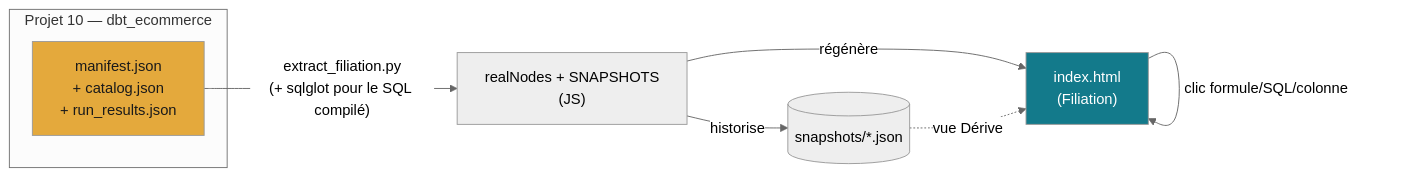
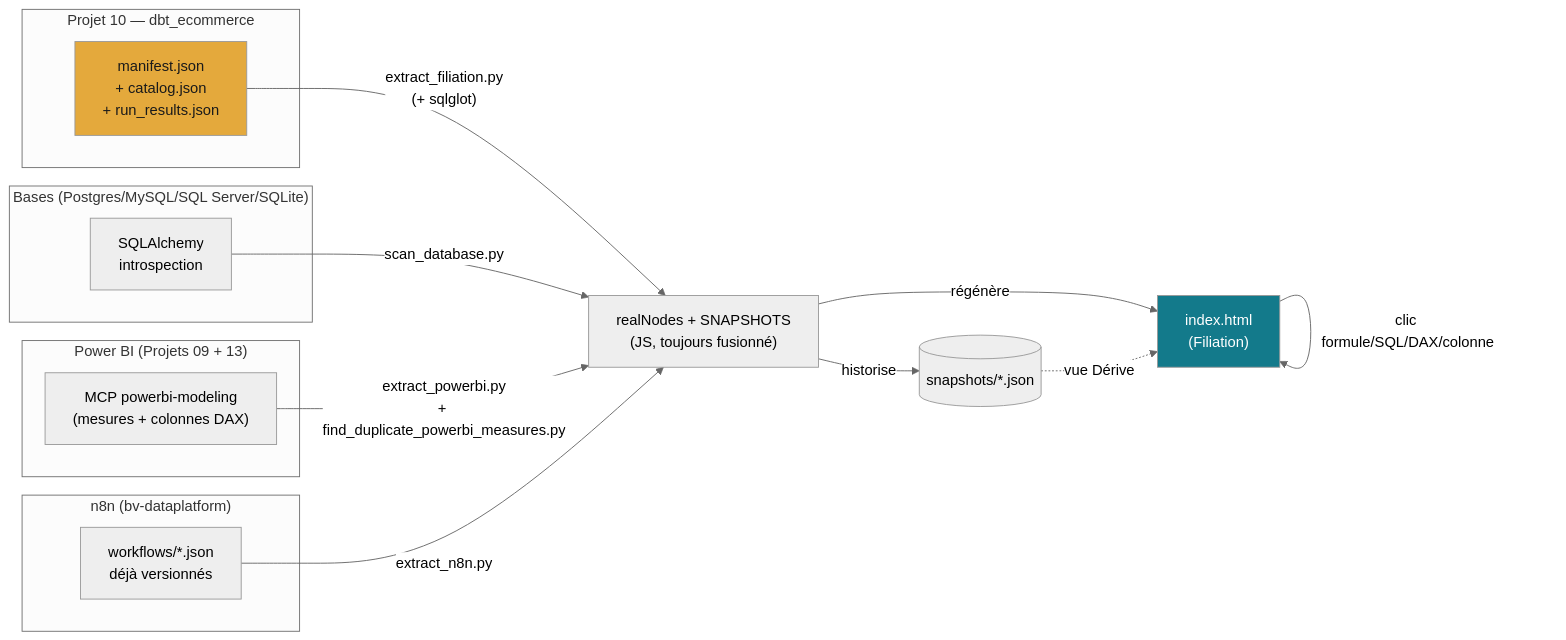
One commit to valentinratigniet-byte/projet-14-filiation changed the diagram in README.md. Above: the diagram before and after it, drawn with Mermaid (neutral theme). The commit also changed other lines of this file and 1 other file, not shown here.

First line of the commit message:
docs: rafraîchit README/ROADMAP après le chantier SQL Server/n8n/Power BI

````diff
--- a/README.md
+++ b/README.md
@@ -56,14 +63,27 @@
 ```mermaid
 flowchart LR
     subgraph P10["Projet 10 — dbt_ecommerce"]
         MAN["manifest.json<br/>+ catalog.json<br/>+ run_results.json"]
     end
-    MAN -->|"extract_filiation.py<br/>(+ sqlglot pour le SQL compilé)"| JS["realNodes + SNAPSHOTS<br/>(JS)"]
+    subgraph DB["Bases (Postgres/MySQL/SQL Server/SQLite)"]
+        SQLA["SQLAlchemy<br/>introspection"]
+    end
+    subgraph PBI["Power BI (Projets 09 + 13)"]
+        MCP["MCP powerbi-modeling<br/>(mesures + colonnes DAX)"]
+    end
+    subgraph N8N["n8n (bv-dataplatform)"]
+        WF["workflows/*.json<br/>déjà versionnés"]
+    end
+
+    MAN -->|"extract_filiation.py<br/>(+ sqlglot)"| JS["realNodes + SNAPSHOTS<br/>(JS, toujours fusionné)"]
+    SQLA -->|scan_database.py| JS
+    MCP -->|"extract_powerbi.py<br/>+ find_duplicate_powerbi_measures.py"| JS
+    WF -->|extract_n8n.py| JS
     JS -->|régénère| HTML["index.html<br/>(Filiation)"]
     JS -->|historise| SNAP[("snapshots/*.json")]
     SNAP -.->|vue Dérive| HTML
-    HTML -->|clic formule/SQL/colonne| HTML
+    HTML -->|clic formule/SQL/DAX/colonne| HTML
 
     style HTML fill:#137A8B,color:#fff
     style MAN fill:#E4A93C,color:#1a1a1a
 ```
````
